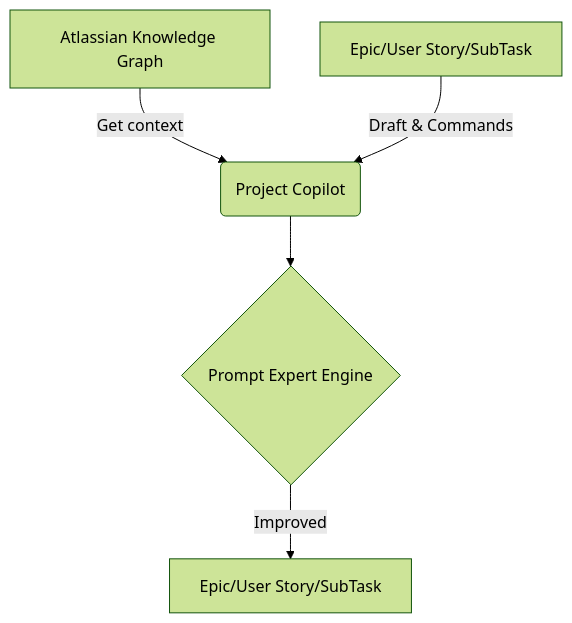
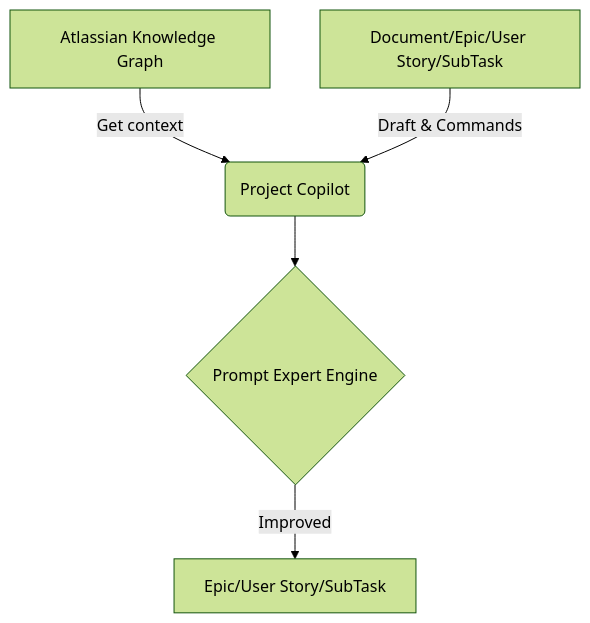
Before and after one commit to project-copilot/fit: the first of 5 diagrams in README.md, drawn with Mermaid (forest theme). The commit also changed other lines of this file and 1 other file, not shown here.

````diff
--- a/README.md
+++ b/README.md
@@ -32,7 +32,7 @@
 ```mermaid
 flowchart TD
     A[Atlassian Knowledge Graph] -->|Get context| B(Project Copilot)
-    L[Epic/User Story/SubTask] -->|Draft & Commands| B(Project Copilot)
+    L[Document/Epic/User Story/SubTask] -->|Draft & Commands| B(Project Copilot)
     B --> C{Prompt Expert Engine}
     C -->|Improved| D[Epic/User Story/SubTask]
 ```
````
